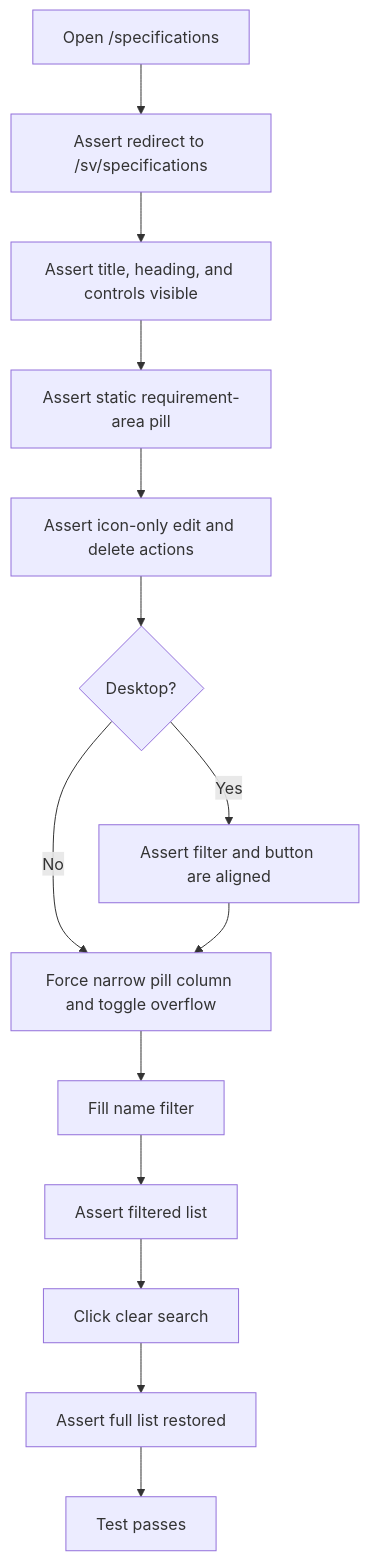
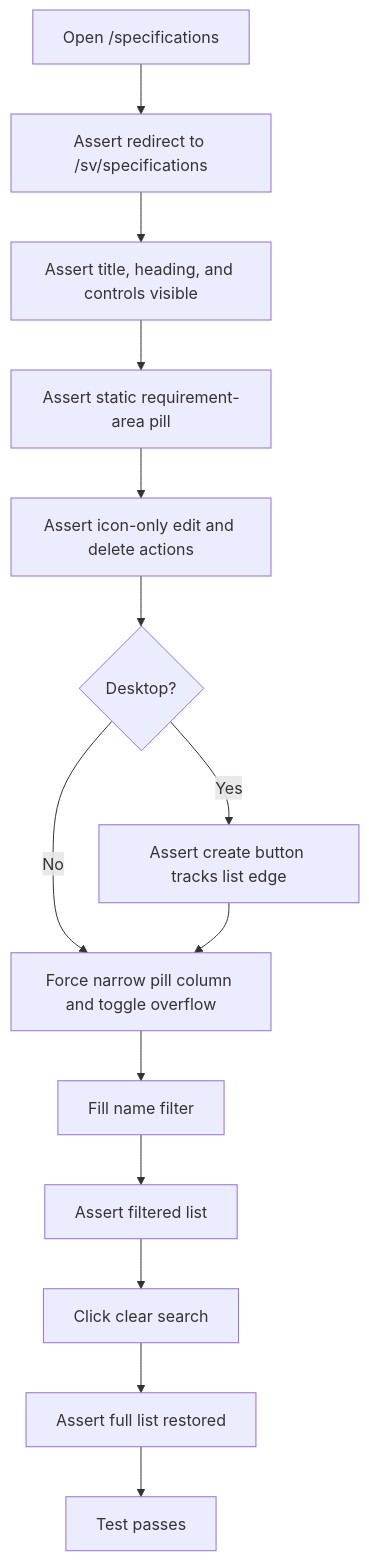
The first of 3 diagrams in tests/integration/specifications-list.md (viscalyx/Kravhantering), drawn with Mermaid before and after one commit. The commit also changed other lines of this file and 4 other files, not shown here.

````diff
--- a/tests/integration/specifications-list.md
+++ b/tests/integration/specifications-list.md
@@ -15,16 +15,16 @@
 ```mermaid
 flowchart TD
     A[Open /specifications] --> A1[Assert redirect to /sv/specifications]
     A1 --> B[Assert title, heading, and controls visible]
     B --> B1[Assert static requirement-area pill]
     B1 --> B2[Assert icon-only edit and delete actions]
     B2 --> C{Desktop?}
-    C -- Yes --> D[Assert filter and button are aligned]
+    C -- Yes --> D[Assert create button tracks list edge]
     C -- No --> B3[Force narrow pill column and toggle overflow]
     D --> B3
     B3 --> E[Fill name filter]
     E --> F[Assert filtered list]
     F --> G[Click clear search]
     G --> H[Assert full list restored]
     H --> I[Test passes]
 ```
````
